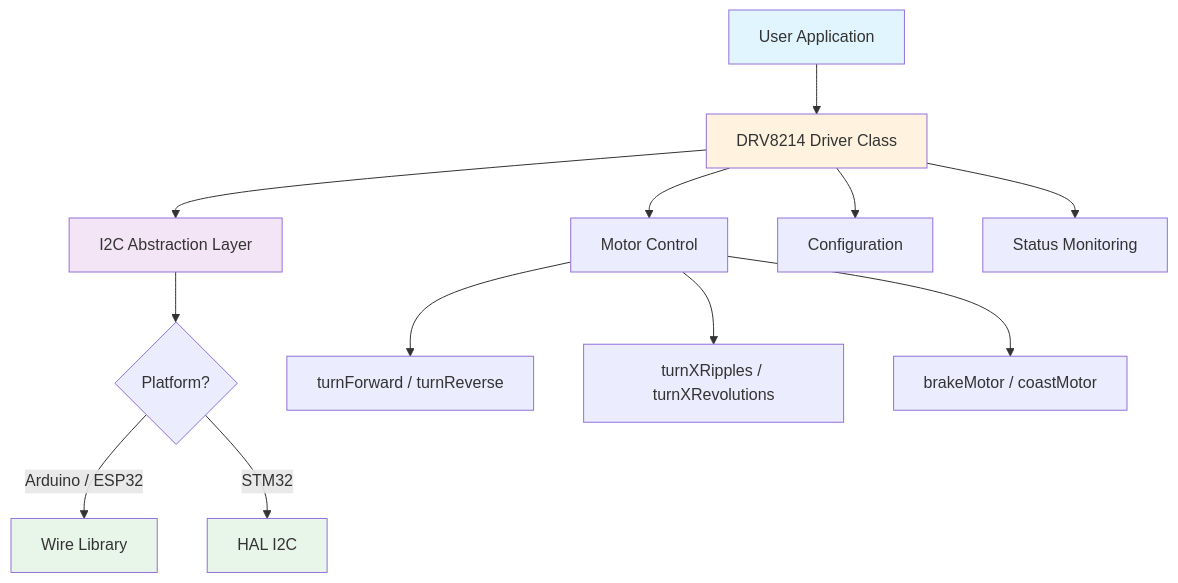
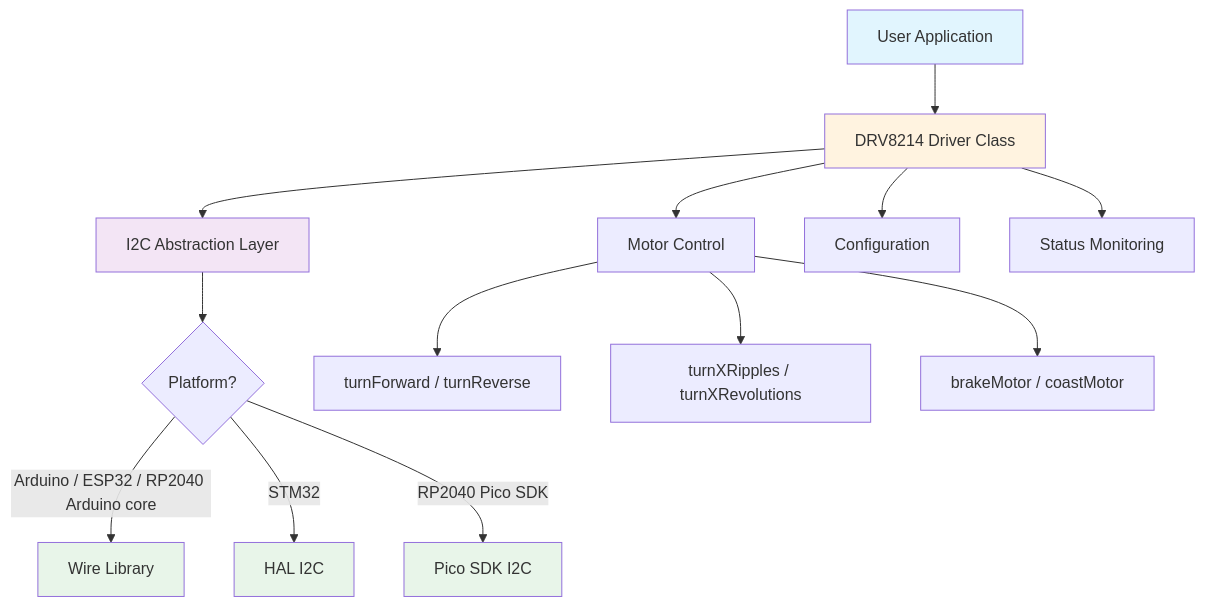
One commit to theohg/drv8214_multiplatform changed the first of 2 diagrams in README.md. Above: the diagram before and after it, drawn with Mermaid. The commit also changed other lines of this file and 11 other files, not shown here.

````diff
--- a/README.md
+++ b/README.md
@@ -23,22 +24,24 @@
 ```mermaid
 graph TD
     A[User Application] --> B[DRV8214 Driver Class]
     B --> C[I2C Abstraction Layer]
     C --> D{Platform?}
-    D -->|Arduino / ESP32| E[Wire Library]
+    D -->|Arduino / ESP32 / RP2040 Arduino core| E[Wire Library]
     D -->|STM32| F[HAL I2C]
+    D -->|RP2040 Pico SDK| J[Pico SDK I2C]
 
     B --> G[Motor Control]
     B --> H[Configuration]
     B --> I[Status Monitoring]
 
     G --> G1[turnForward / turnReverse]
     G --> G2[turnXRipples / turnXRevolutions]
     G --> G3[brakeMotor / coastMotor]
 
     style A fill:#e1f5fe
     style B fill:#fff3e0
     style C fill:#f3e5f5
     style E fill:#e8f5e9
     style F fill:#e8f5e9
+    style J fill:#e8f5e9
 ```
````
